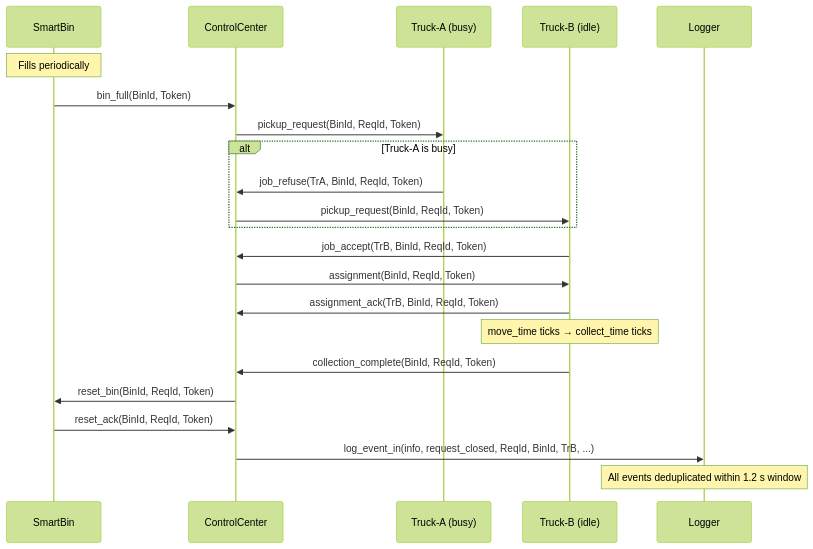
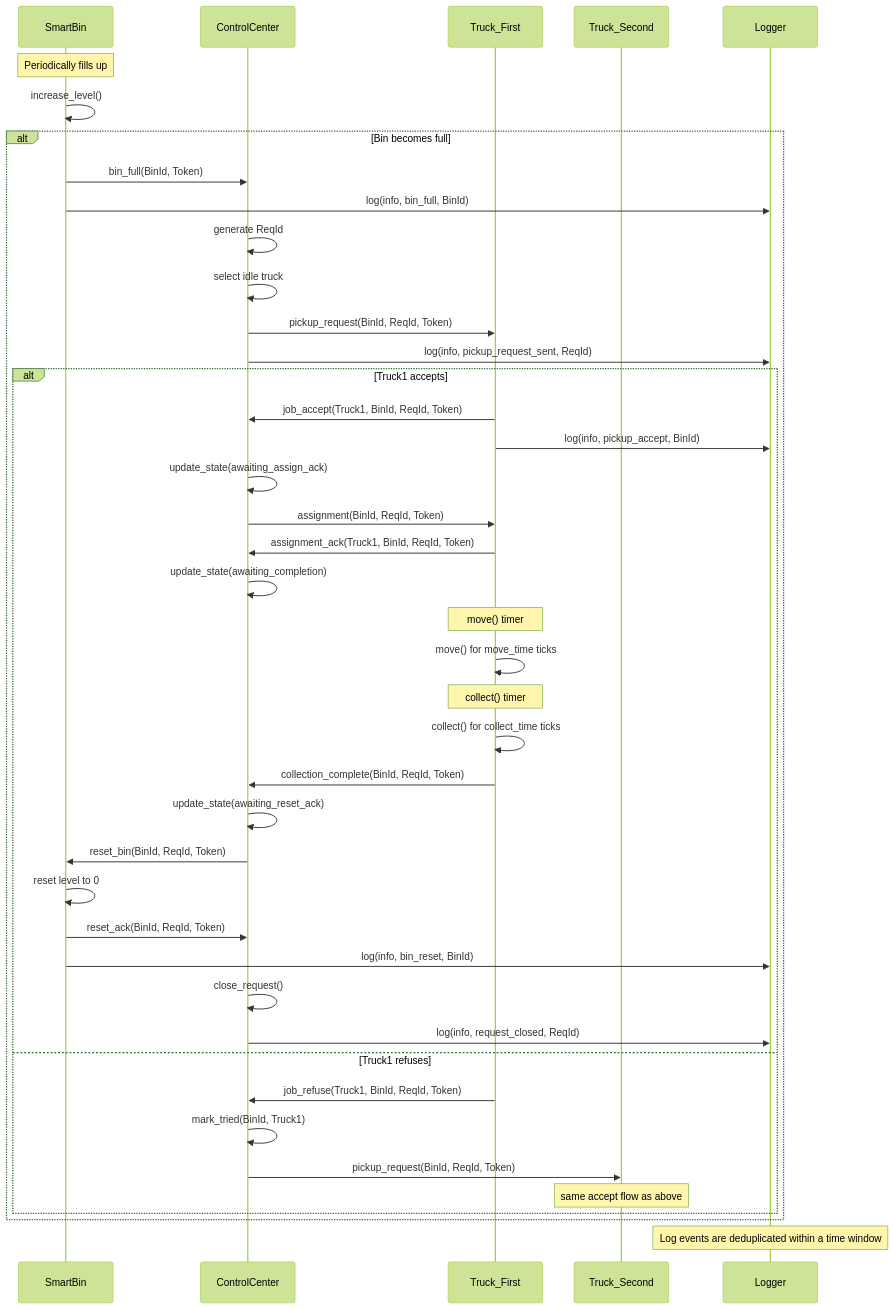
Before and after one commit to Lokwo12/SWMS_MAS_System: the diagram in README.md, drawn with Mermaid (forest theme). The commit also changed other lines of this file, not shown here.

Commit message:
fith commit

````diff
--- a/README.md
+++ b/README.md
@@ -58,30 +58,74 @@
 ```mermaid
 sequenceDiagram
     participant Bin as SmartBin
     participant CC as ControlCenter
-    participant TrA as Truck-A (busy)
-    participant TrB as Truck-B (idle)
-    participant Log as Logger
+    participant Truck1 as Truck_First
+    participant Truck2 as Truck_Second
+    participant Logger
 
-    Note over Bin: Fills periodically
-    Bin->>CC: bin_full(BinId, Token)
-    CC->>TrA: pickup_request(BinId, ReqId, Token)
+    Note over Bin: Periodically fills up
 
-    alt Truck-A is busy
-        TrA->>CC: job_refuse(TrA, BinId, ReqId, Token)
-        CC->>TrB: pickup_request(BinId, ReqId, Token)
+    Bin->>Bin: increase_level()
+
+    alt Bin becomes full
+        Bin->>CC: bin_full(BinId, Token)
+        Bin->>Logger: log(info, bin_full, BinId)
+
+        CC->>CC: generate ReqId
+        CC->>CC: select idle truck
+
+        CC->>Truck1: pickup_request(BinId, ReqId, Token)
+        CC->>Logger: log(info, pickup_request_sent, ReqId)
+
+        alt Truck1 accepts
+
+            Truck1->>CC: job_accept(Truck1, BinId, ReqId, Token)
+            Truck1->>Logger: log(info, pickup_accept, BinId)
+
+            CC->>CC: update_state(awaiting_assign_ack)
+
+            CC->>Truck1: assignment(BinId, ReqId, Token)
+
+            Truck1->>CC: assignment_ack(Truck1, BinId, ReqId, Token)
+
+            CC->>CC: update_state(awaiting_completion)
+
+            Note over Truck1: move() timer
+
+            Truck1->>Truck1: move() for move_time ticks
+
+            Note over Truck1: collect() timer
+
+            Truck1->>Truck1: collect() for collect_time ticks
+
+            Truck1->>CC: collection_complete(BinId, ReqId, Token)
+
+            CC->>CC: update_state(awaiting_reset_ack)
+
+            CC->>Bin: reset_bin(BinId, ReqId, Token)
+
+            Bin->>Bin: reset level to 0
+
+            Bin->>CC: reset_ack(BinId, ReqId, Token)
+
+            Bin->>Logger: log(info, bin_reset, BinId)
+
+            CC->>CC: close_request()
+
+            CC->>Logger: log(info, request_closed, ReqId)
+
+        else Truck1 refuses
+
+            Truck1->>CC: job_refuse(Truck1, BinId, ReqId, Token)
+
+            CC->>CC: mark_tried(BinId, Truck1)
+
+            CC->>Truck2: pickup_request(BinId, ReqId, Token)
+
+            Note over Truck2: same accept flow as above
+
+        end
     end
 
-    TrB->>CC: job_accept(TrB, BinId, ReqId, Token)
-    CC->>TrB: assignment(BinId, ReqId, Token)
-    TrB->>CC: assignment_ack(TrB, BinId, ReqId, Token)
-
-    Note over TrB: move_time ticks → collect_time ticks
-
-    TrB->>CC: collection_complete(BinId, ReqId, Token)
-    CC->>Bin: reset_bin(BinId, ReqId, Token)
-    Bin->>CC: reset_ack(BinId, ReqId, Token)
-    CC->>Log: log_event_in(info, request_closed, ReqId, BinId, TrB, ...)
-
-    Note over Log: All events deduplicated within 1.2 s window
+    Note over Logger: Log events are deduplicated within a time window
 ```
````
